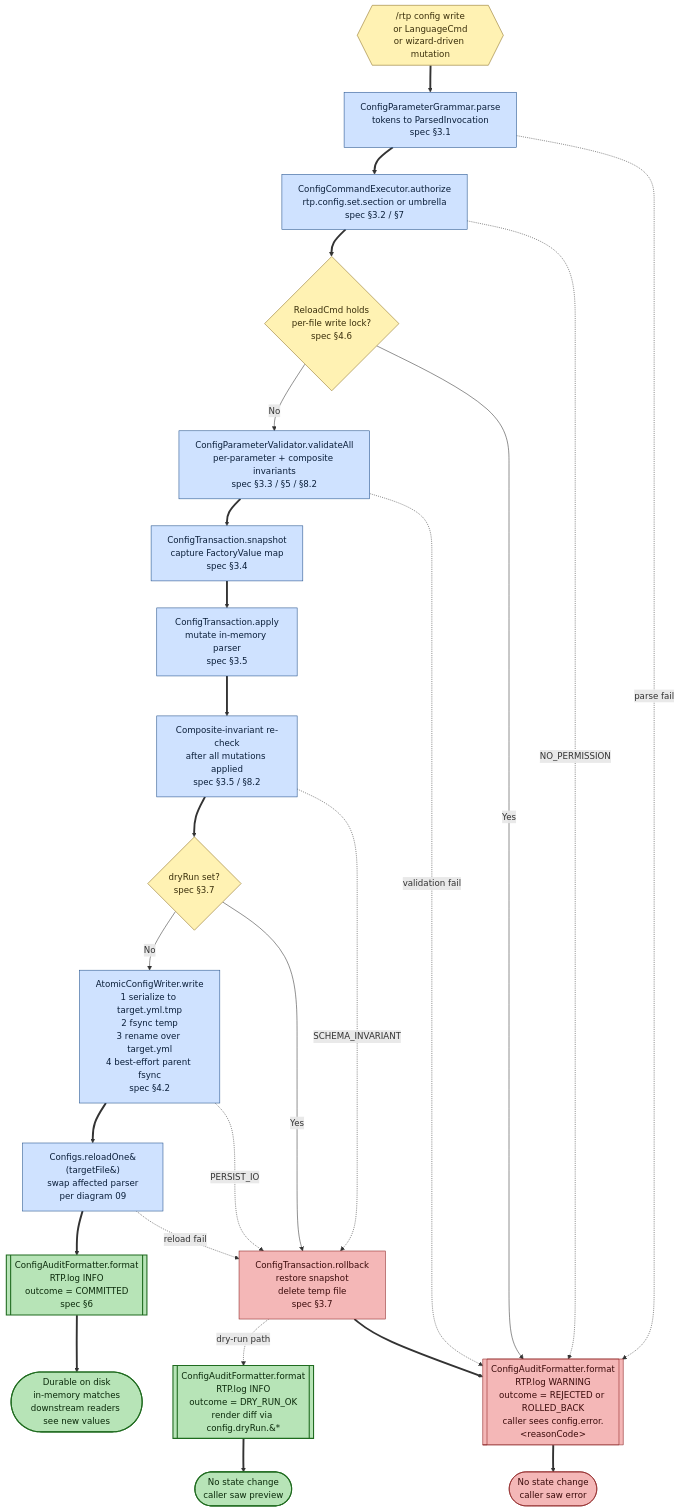
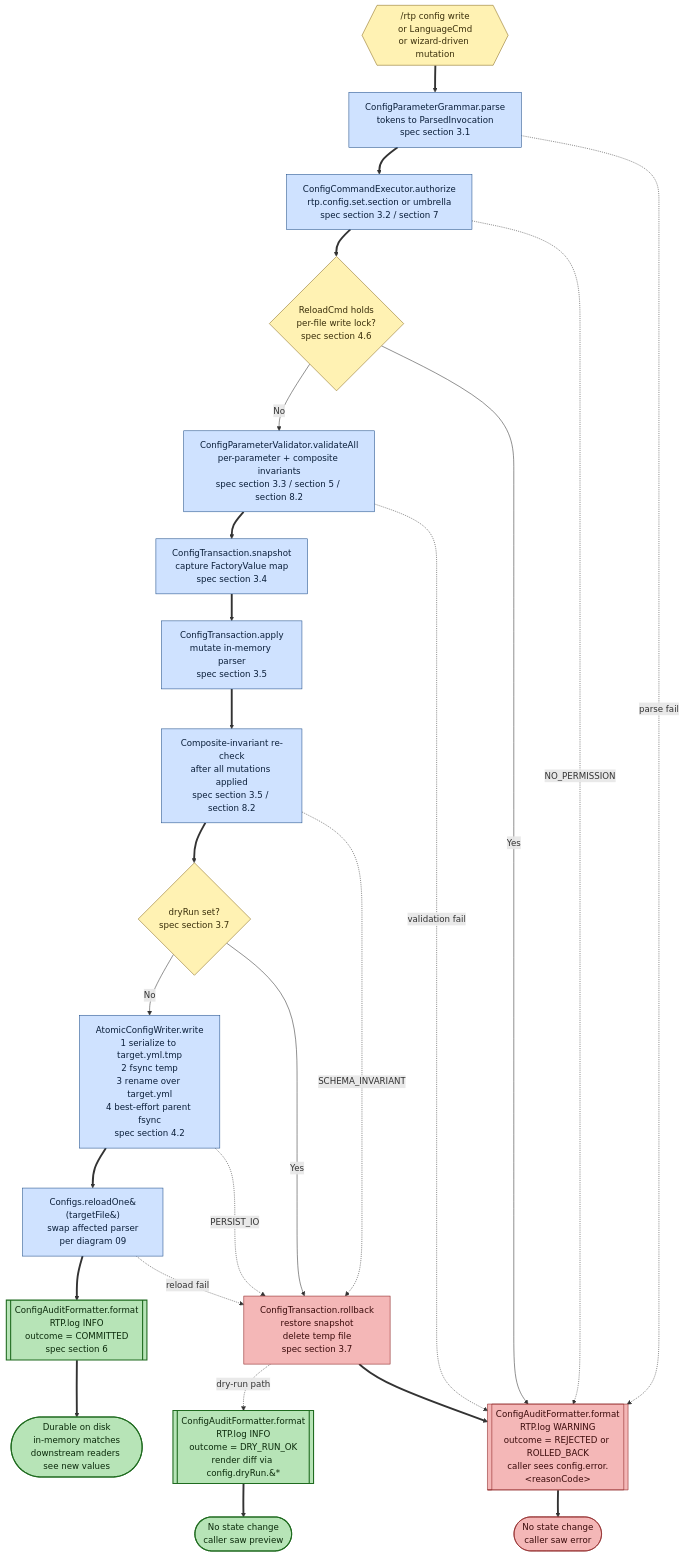
One commit to DailyStruggle/RTP changed the diagram in docs/architecture/11-configuration-write-and-persist.md. Above: the diagram before and after it, drawn with Mermaid. The commit also changed other lines of this file and 306 other files, not shown here.

````diff
--- a/docs/architecture/11-configuration-write-and-persist.md
+++ b/docs/architecture/11-configuration-write-and-persist.md
@@ -12,63 +12,63 @@
 ```mermaid
 flowchart TD
     %% Color legend: green = durable success state (audit record emitted, on-disk YAML matches in-memory), red = failure / rollback (audit record emitted, no on-disk change), blue = in-memory or disk I/O work, yellow = data / decision point
 
     Trigger{{/rtp config write<br/>or LanguageCmd<br/>or wizard-driven mutation}}:::data
 
-    Parse[ConfigParameterGrammar.parse<br/>tokens to ParsedInvocation<br/>spec §3.1]:::async
-    Authorize[ConfigCommandExecutor.authorize<br/>rtp.config.set.section or umbrella<br/>spec §3.2 / §7]:::async
-    ReloadCheck{ReloadCmd holds<br/>per-file write lock?<br/>spec §4.6}:::data
-    Validate[ConfigParameterValidator.validateAll<br/>per-parameter + composite invariants<br/>spec §3.3 / §5 / §8.2]:::async
-    Snapshot[ConfigTransaction.snapshot<br/>capture FactoryValue map<br/>spec §3.4]:::async
-    ApplyMem[ConfigTransaction.apply<br/>mutate in-memory parser<br/>spec §3.5]:::async
-    PostApplyValidate[Composite-invariant re-check<br/>after all mutations applied<br/>spec §3.5 / §8.2]:::async
-    DryRunFork{dryRun set?<br/>spec §3.7}:::data
+    Parse[ConfigParameterGrammar.parse<br/>tokens to ParsedInvocation<br/>spec section 3.1]:::async
+    Authorize[ConfigCommandExecutor.authorize<br/>rtp.config.set.section or umbrella<br/>spec section 3.2 / section 7]:::async
+    ReloadCheck{ReloadCmd holds<br/>per-file write lock?<br/>spec section 4.6}:::data
+    Validate[ConfigParameterValidator.validateAll<br/>per-parameter + composite invariants<br/>spec section 3.3 / section 5 / section 8.2]:::async
+    Snapshot[ConfigTransaction.snapshot<br/>capture FactoryValue map<br/>spec section 3.4]:::async
+    ApplyMem[ConfigTransaction.apply<br/>mutate in-memory parser<br/>spec section 3.5]:::async
+    PostApplyValidate[Composite-invariant re-check<br/>after all mutations applied<br/>spec section 3.5 / section 8.2]:::async
+    DryRunFork{dryRun set?<br/>spec section 3.7}:::data
 
-    WriteTemp[AtomicConfigWriter.write<br/>1 serialize to target.yml.tmp<br/>2 fsync temp<br/>3 rename over target.yml<br/>4 best-effort parent fsync<br/>spec §4.2]:::async
+    WriteTemp[AtomicConfigWriter.write<br/>1 serialize to target.yml.tmp<br/>2 fsync temp<br/>3 rename over target.yml<br/>4 best-effort parent fsync<br/>spec section 4.2]:::async
     TargetedReload[Configs.reloadOne&#40;targetFile&#41;<br/>swap affected parser<br/>per diagram 09]:::async
 
-    AuditOk[[ConfigAuditFormatter.format<br/>RTP.log INFO<br/>outcome = COMMITTED<br/>spec §6]]:::success
+    AuditOk[[ConfigAuditFormatter.format<br/>RTP.log INFO<br/>outcome = COMMITTED<br/>spec section 6]]:::success
     AuditDry[[ConfigAuditFormatter.format<br/>RTP.log INFO<br/>outcome = DRY_RUN_OK<br/>render diff via config.dryRun.&#42;]]:::success
     AuditFail[[ConfigAuditFormatter.format<br/>RTP.log WARNING<br/>outcome = REJECTED or ROLLED_BACK<br/>caller sees config.error.&lt;reasonCode&gt;]]:::fail
 
-    Rollback[ConfigTransaction.rollback<br/>restore snapshot<br/>delete temp file<br/>spec §3.7]:::fail
+    Rollback[ConfigTransaction.rollback<br/>restore snapshot<br/>delete temp file<br/>spec section 3.7]:::fail
 
     Done([Durable on disk<br/>in-memory matches<br/>downstream readers see new values]):::success
     DoneDry([No state change<br/>caller saw preview]):::success
     DoneFail([No state change<br/>caller saw error]):::fail
 
     %% --- Happy path
     Trigger ==> Parse
     Parse ==> Authorize
     Authorize ==> ReloadCheck
     ReloadCheck -- No --> Validate
     Validate ==> Snapshot
     Snapshot ==> ApplyMem
     ApplyMem ==> PostApplyValidate
     PostApplyValidate ==> DryRunFork
     DryRunFork -- No --> WriteTemp
     WriteTemp ==> TargetedReload
     TargetedReload ==> AuditOk
     AuditOk ==> Done
 
     %% --- Dry-run path
     DryRunFork -- Yes --> Rollback
     Rollback -.dry-run path.-> AuditDry
     AuditDry ==> DoneDry
 
     %% --- Failure paths
     Parse -. parse fail .-> AuditFail
     Authorize -. NO_PERMISSION .-> AuditFail
     ReloadCheck -- Yes --> AuditFail
     Validate -. validation fail .-> AuditFail
     PostApplyValidate -. SCHEMA_INVARIANT .-> Rollback
     WriteTemp -. PERSIST_IO .-> Rollback
     TargetedReload -. reload fail .-> Rollback
     Rollback ==> AuditFail
     AuditFail ==> DoneFail
 
     classDef success fill:#b7e4b7,stroke:#1f6b1f,stroke-width:2px,color:#0b2a0b;
     classDef fail    fill:#f4b7b7,stroke:#8a1f1f,color:#3a0b0b;
     classDef async   fill:#cfe2ff,stroke:#1f4e8a,color:#0b1f3a;
     classDef data    fill:#fff2b3,stroke:#8a6d1f,color:#3a2f0b;
 ```
````
